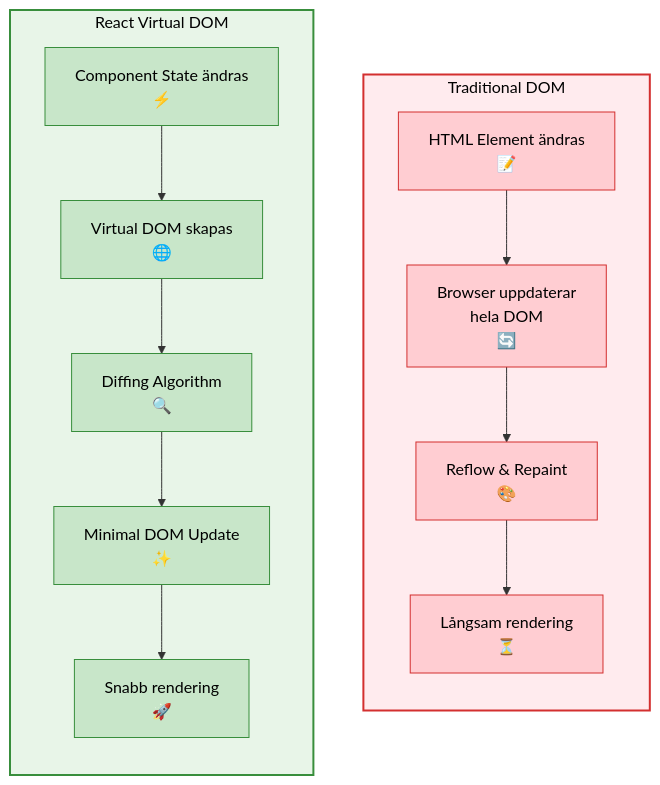
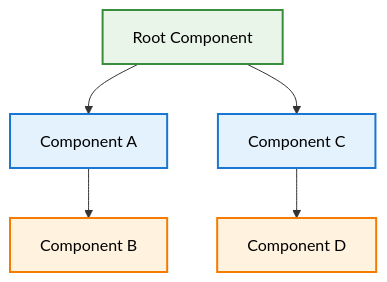
The first of 2 diagrams in src/kapitel_8/react-intro.md (Glimakra-Webbutvecklare/kursbok), drawn with Mermaid before and after one commit. The commit also changed other lines of this file and 4 other files, not shown here.

````diff
--- a/src/kapitel_8/react-intro.md
+++ b/src/kapitel_8/react-intro.md
@@ -20,29 +99,13 @@
 ```mermaid
 graph TB
-    subgraph traditional ["Traditional DOM"]
-        direction TB
-        A["HTML Element ändras<br/>📝"] --> B["Browser uppdaterar<br/>hela DOM<br/>🔄"]
-        B --> C["Reflow & Repaint<br/>🎨"]
-        C --> D["Långsam rendering<br/>⏳"]
-    end
+    A["Root Component"] --> B["Component A"]
+    A --> C["Component C"] 
+    B --> D["Component B"]
+    C --> E["Component D"]
     
-    subgraph virtual ["React Virtual DOM"]
-        direction TB
-        E["Component State ändras<br/>⚡"] --> F["Virtual DOM skapas<br/>🌐"]
-        F --> G["Diffing Algorithm<br/>🔍"]
-        G --> H["Minimal DOM Update<br/>✨"]
-        H --> I["Snabb rendering<br/>🚀"]
-    end
-    
-    style traditional fill:#ffebee,stroke:#d32f2f,stroke-width:2px,color:#000
-    style virtual fill:#e8f5e8,stroke:#388e3c,stroke-width:2px,color:#000
-    style A fill:#ffcdd2,stroke:#d32f2f,color:#000
-    style B fill:#ffcdd2,stroke:#d32f2f,color:#000
-    style C fill:#ffcdd2,stroke:#d32f2f,color:#000
-    style D fill:#ffcdd2,stroke:#d32f2f,color:#000
-    style E fill:#c8e6c9,stroke:#388e3c,color:#000
-    style F fill:#c8e6c9,stroke:#388e3c,color:#000
-    style G fill:#c8e6c9,stroke:#388e3c,color:#000
-    style H fill:#c8e6c9,stroke:#388e3c,color:#000
-    style I fill:#c8e6c9,stroke:#388e3c,color:#000
+    style A fill:#e8f5e8,stroke:#388e3c,stroke-width:2px,color:#000
+    style B fill:#e3f2fd,stroke:#1976d2,stroke-width:2px,color:#000
+    style C fill:#e3f2fd,stroke:#1976d2,stroke-width:2px,color:#000
+    style D fill:#fff3e0,stroke:#f57c00,stroke-width:2px,color:#000
+    style E fill:#fff3e0,stroke:#f57c00,stroke-width:2px,color:#000
 ```
````
